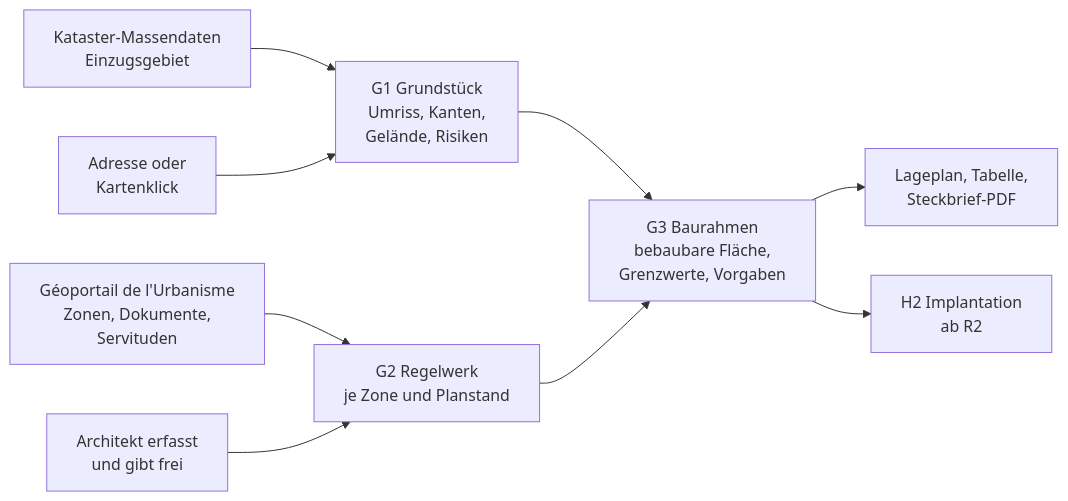
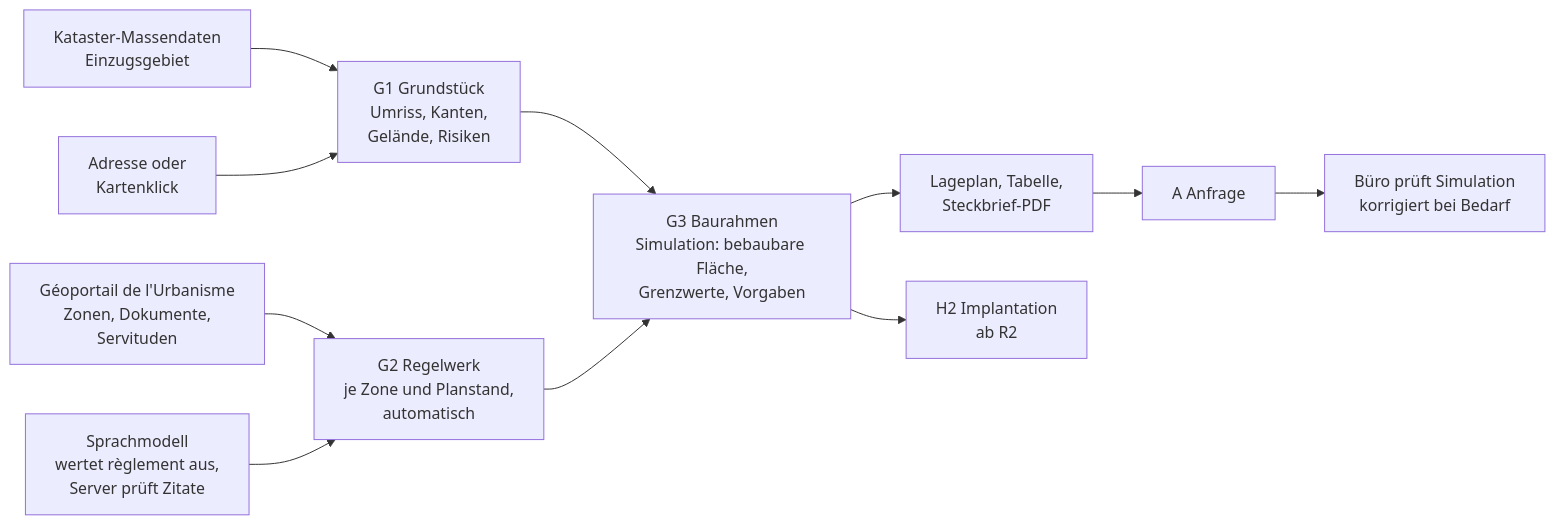
One commit to DieDaddelecke/building-configurator changed the second of 3 diagrams in UMSETZUNGSPLAN.md. Above: the diagram before and after it, drawn with Mermaid. The commit also changed other lines of this file, not shown here.

First line of the commit message:
Plan: G2 als automatische Simulation ohne Eingaben des Büros (D11)

````diff
--- a/UMSETZUNGSPLAN.md
+++ b/UMSETZUNGSPLAN.md
@@ -85,11 +85,13 @@
 ```mermaid
 flowchart LR
   KD[Kataster-Massendaten<br/>Einzugsgebiet] --> G1
   AD[Adresse oder<br/>Kartenklick] --> G1
   G1[G1 Grundstück<br/>Umriss, Kanten,<br/>Gelände, Risiken] --> G3
   GPU[Géoportail de l'Urbanisme<br/>Zonen, Dokumente,<br/>Servituden] --> G2
-  AR[Architekt erfasst<br/>und gibt frei] --> G2
-  G2[G2 Regelwerk<br/>je Zone und Planstand] --> G3
-  G3[G3 Baurahmen<br/>bebaubare Fläche,<br/>Grenzwerte, Vorgaben] --> UI[Lageplan, Tabelle,<br/>Steckbrief-PDF]
+  LLM[Sprachmodell<br/>wertet règlement aus,<br/>Server prüft Zitate] --> G2
+  G2[G2 Regelwerk<br/>je Zone und Planstand,<br/>automatisch] --> G3
+  G3[G3 Baurahmen<br/>Simulation: bebaubare Fläche,<br/>Grenzwerte, Vorgaben] --> UI[Lageplan, Tabelle,<br/>Steckbrief-PDF]
   G3 --> H2[H2 Implantation<br/>ab R2]
+  UI --> A[A Anfrage]
+  A --> BP[Büro prüft Simulation<br/>korrigiert bei Bedarf]
 ```
````
